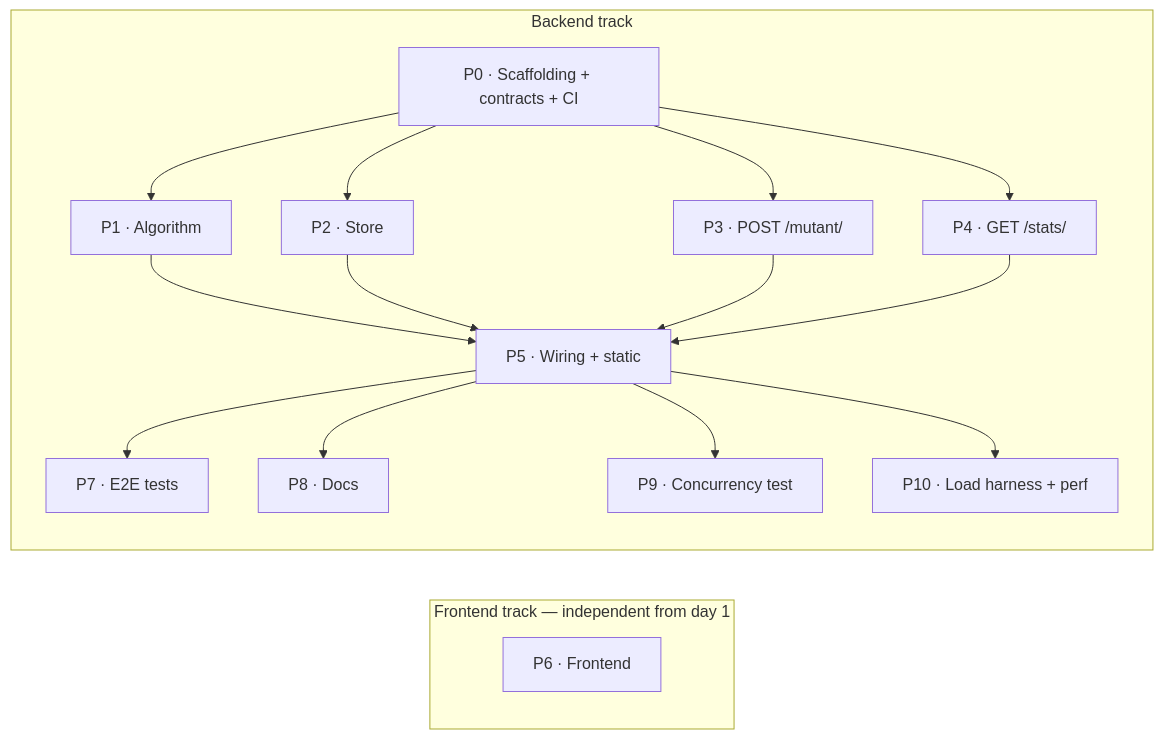
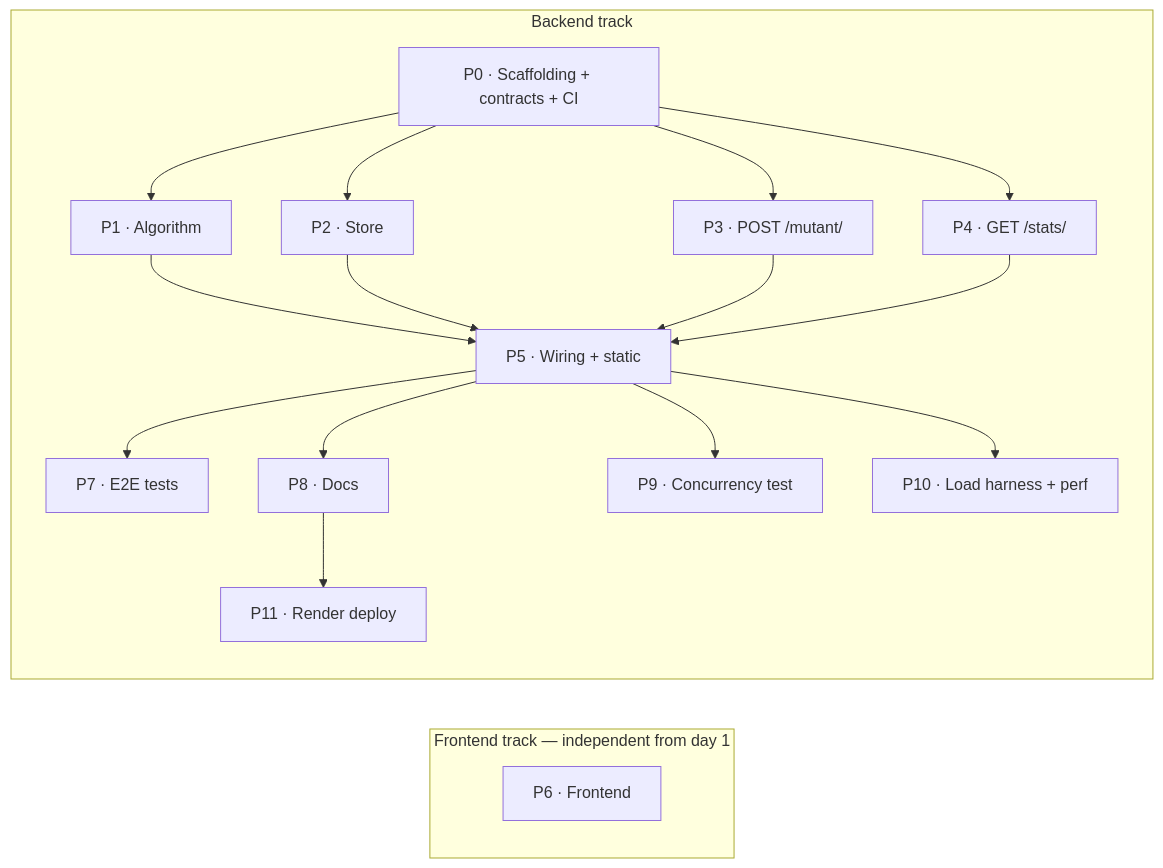
Before and after one commit to ShreyKumar/rif-take-home-challenge: the diagram in plan.md, drawn with Mermaid. The commit also changed other lines of this file, not shown here.

First line of the commit message:
docs: plan Render free-tier deployment as Phase 11

````diff
--- a/plan.md
+++ b/plan.md
@@ -23,21 +23,22 @@
 ```mermaid
 flowchart LR
     subgraph fe [Frontend track — independent from day 1]
         P6[P6 · Frontend]
     end
     subgraph be [Backend track]
         P0[P0 · Scaffolding + contracts + CI]
         P0 --> P1[P1 · Algorithm]
         P0 --> P2[P2 · Store]
         P0 --> P3[P3 · POST /mutant/]
         P0 --> P4[P4 · GET /stats/]
         P1 --> P5[P5 · Wiring + static]
         P2 --> P5
         P3 --> P5
         P4 --> P5
         P5 --> P7[P7 · E2E tests]
         P5 --> P8[P8 · Docs]
         P5 --> P9[P9 · Concurrency test]
         P5 --> P10[P10 · Load harness + perf]
+        P8 --> P11[P11 · Render deploy]
     end
 ```
````
